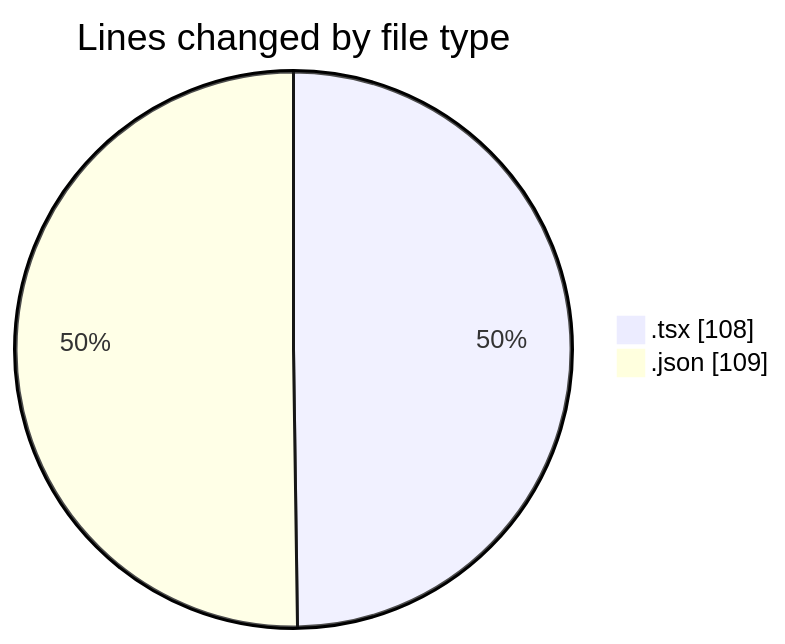
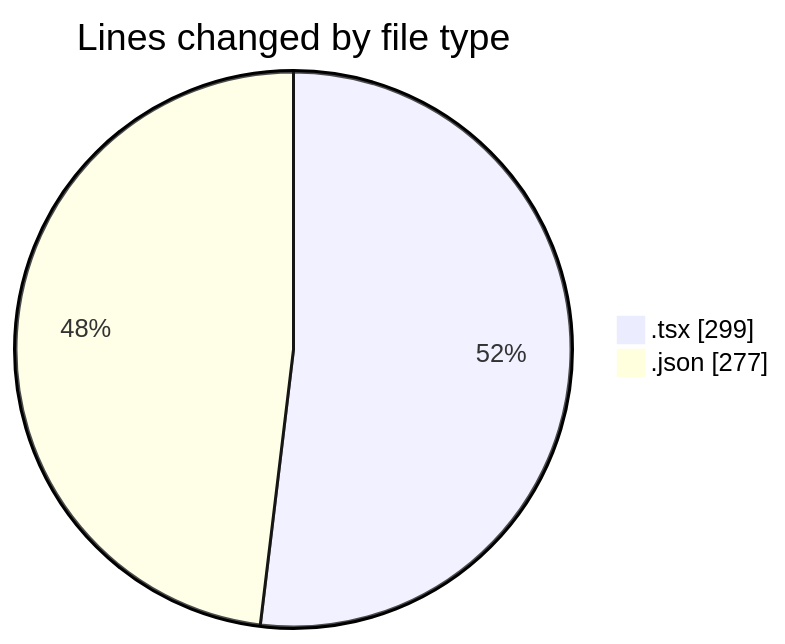
The first of 2 diagrams in 2025-05-04/niten/README.md (Elitesun/code-tracking), drawn with Mermaid before and after one commit. The commit also changed other lines of this file and 1 other file, not shown here.

````diff
--- a/2025-05-04/niten/README.md
+++ b/2025-05-04/niten/README.md
@@ -22,6 +26,6 @@
 ```mermaid
 pie showData
 title Lines changed by file type
-".tsx" : 108
-".json" : 109
+".tsx" : 299
+".json" : 277
 ```
````
